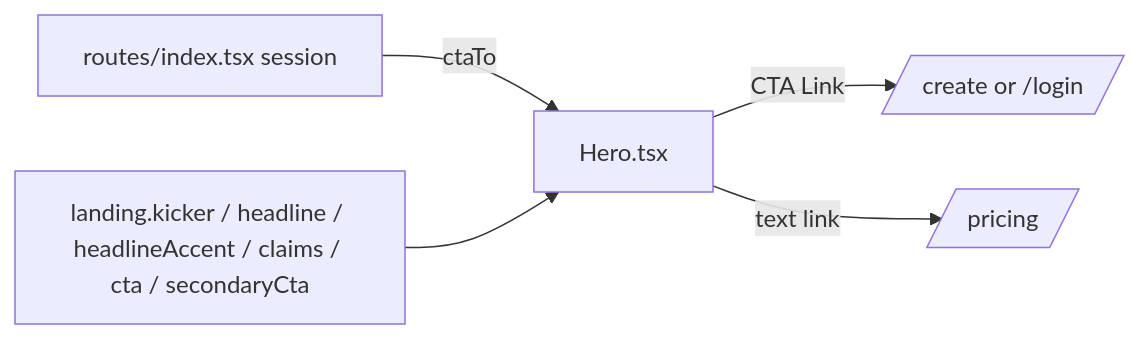
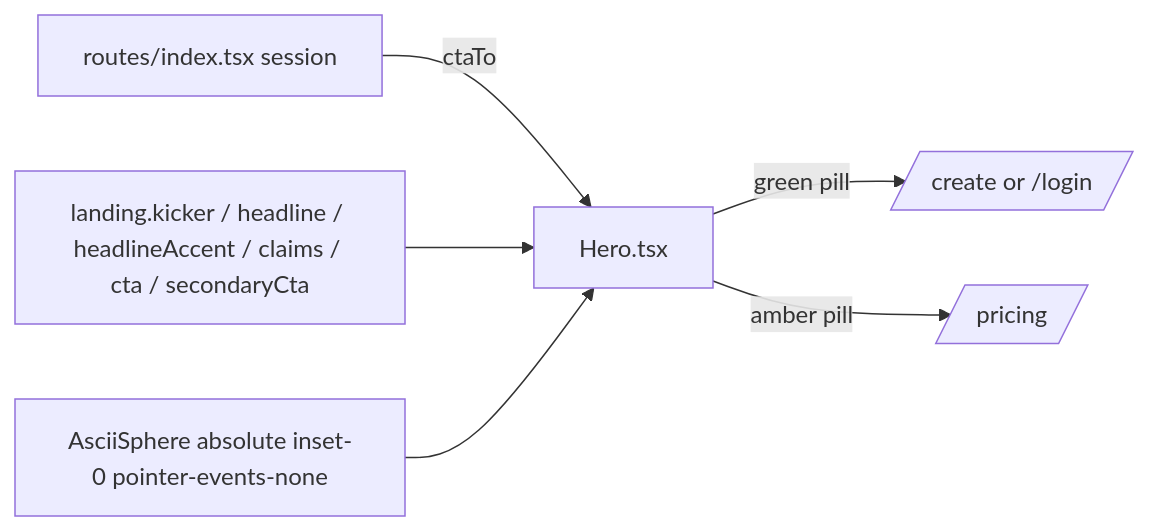
The diagram in apps/web/src/modules/Landing/components/Hero.tsx.md (AzamatRaimbekov2/openCreate), drawn with Mermaid before and after one commit. The commit also changed other lines of this file and 40 other files, not shown here.

Commit message:
restyle(web): terminal landing with ascii-sphere hero + pricing

````diff
--- a/apps/web/src/modules/Landing/components/Hero.tsx.md
+++ b/apps/web/src/modules/Landing/components/Hero.tsx.md
@@ -30,7 +33,8 @@
 ```mermaid
 flowchart LR
   Route[routes/index.tsx session] -- ctaTo --> Hero[Hero.tsx]
   I18N[landing.kicker / headline / headlineAccent / claims / cta / secondaryCta] --> Hero
-  Hero -- CTA Link --> Dest[/create or /login/]
-  Hero -- text link --> Pricing[/pricing/]
+  Sphere[AsciiSphere absolute inset-0 pointer-events-none] --> Hero
+  Hero -- green pill --> Dest[/create or /login/]
+  Hero -- amber pill --> Pricing[/pricing/]
 ```
````
